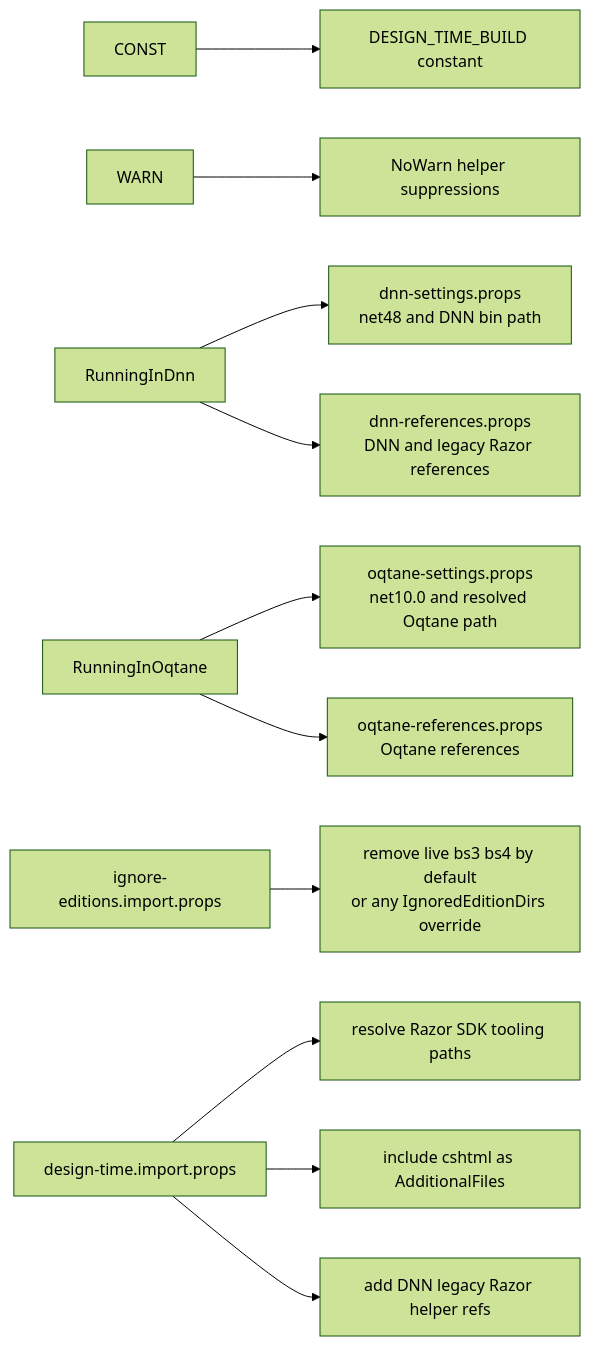
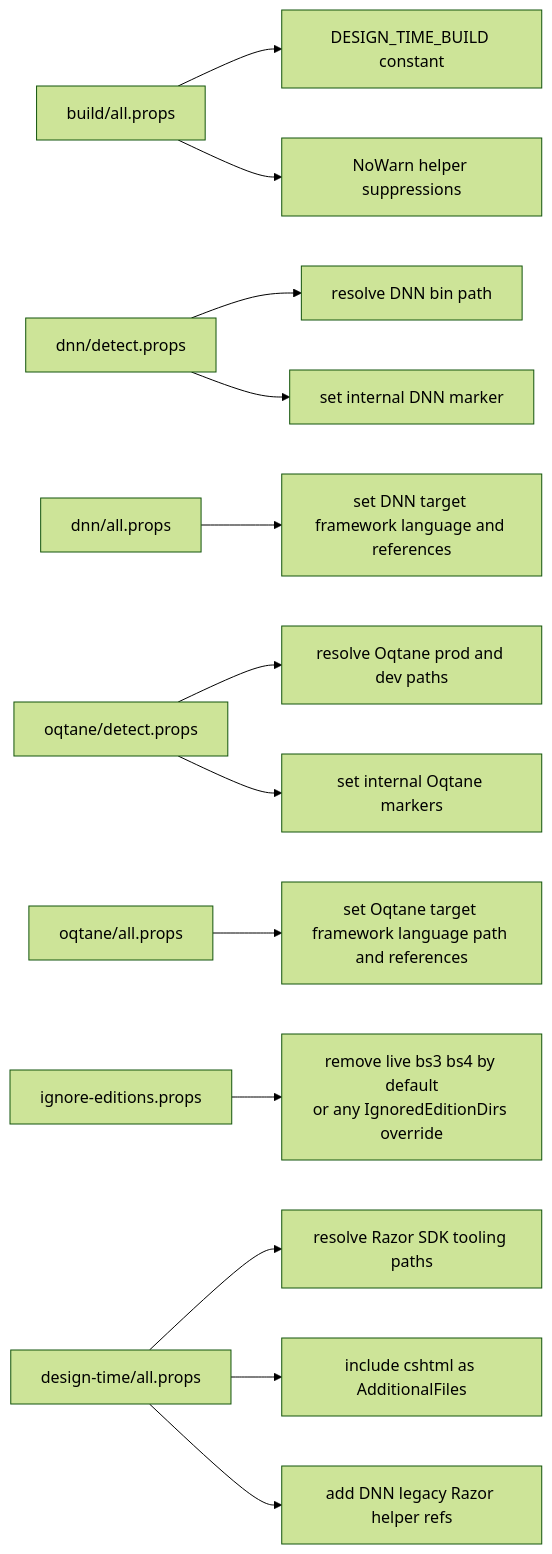
Before and after one commit to 2sxc-apps/app-extension-dotnet-project: the third of 3 diagrams in readme.md, drawn with Mermaid (forest theme). The commit also changed other lines of this file and 29 other files, not shown here.

````diff
--- a/readme.md
+++ b/readme.md
@@ -238,17 +219,19 @@
 ```mermaid
 flowchart LR
-    CONST --> B1[DESIGN_TIME_BUILD constant]
-    WARN --> B2[NoWarn helper suppressions]
+    BUILD[build/all.props] --> B1[DESIGN_TIME_BUILD constant]
+    BUILD --> B2[NoWarn helper suppressions]
 
-    RD[RunningInDnn] --> DS[dnn-settings.props<br/>net48 and DNN bin path]
-    RD --> DR[dnn-references.props<br/>DNN and legacy Razor references]
+    DNNDET[dnn/detect.props] --> D1[resolve DNN bin path]
+    DNNDET --> D2[set internal DNN marker]
+    DNN[dnn/all.props] --> D3[set DNN target framework language and references]
 
-    RO[RunningInOqtane] --> OS[oqtane-settings.props<br/>net10.0 and resolved Oqtane path]
-    RO --> OR[oqtane-references.props<br/>Oqtane references]
+    OQTDET[oqtane/detect.props] --> O1[resolve Oqtane prod and dev paths]
+    OQTDET --> O2[set internal Oqtane markers]
+    OQT[oqtane/all.props] --> O3[set Oqtane target framework language path and references]
 
-    EDIT[ignore-editions.import.props] --> EI[remove live bs3 bs4 by default<br/>or any IgnoredEditionDirs override]
+    EDIT[ignore-editions.props] --> EI[remove live bs3 bs4 by default<br/>or any IgnoredEditionDirs override]
 
-    DT[design-time.import.props] --> RZ[resolve Razor SDK tooling paths]
+    DT[design-time/all.props] --> RZ[resolve Razor SDK tooling paths]
     DT --> AC[include cshtml as AdditionalFiles]
     DT --> HR[add DNN legacy Razor helper refs]
 ```
````
